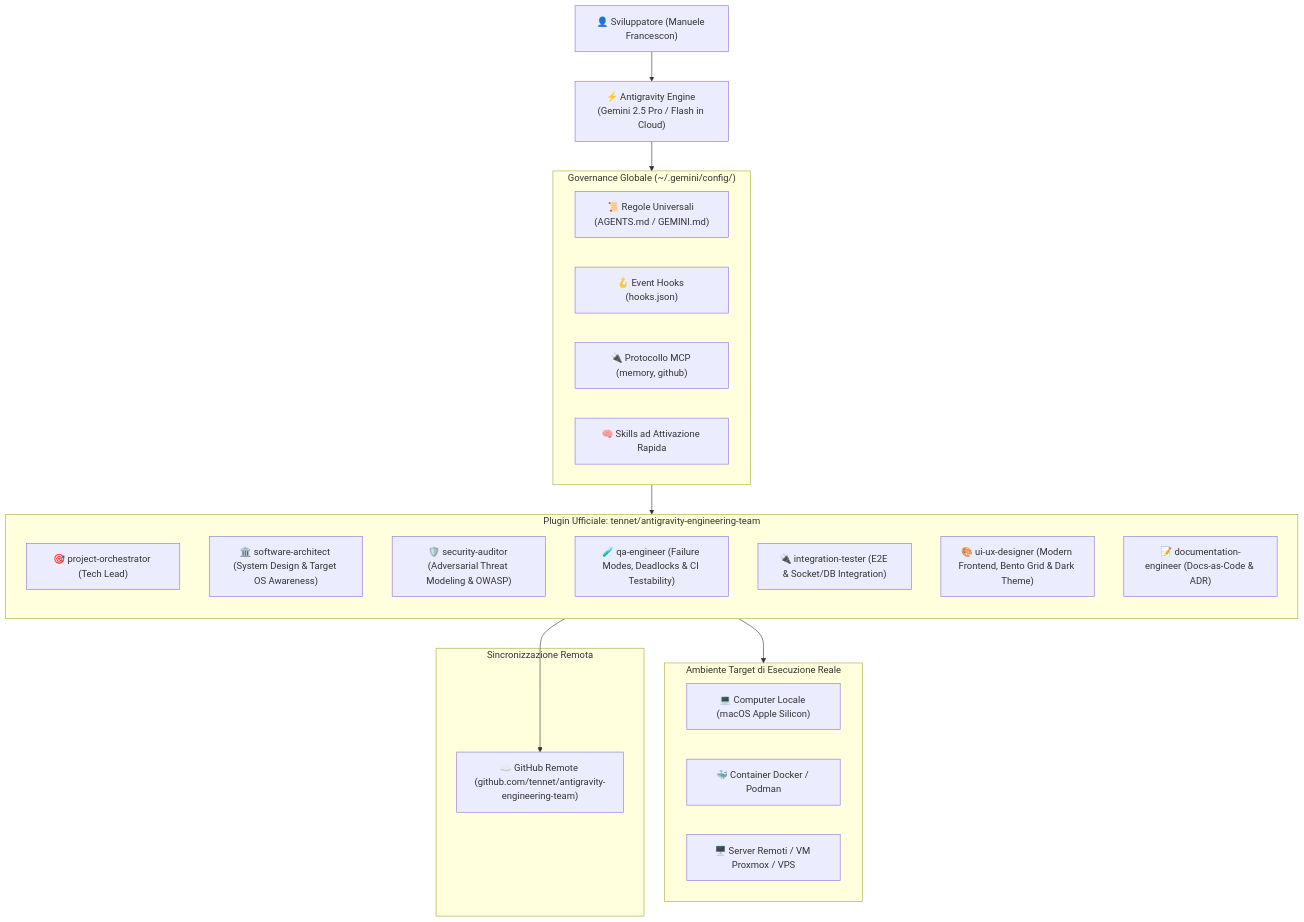
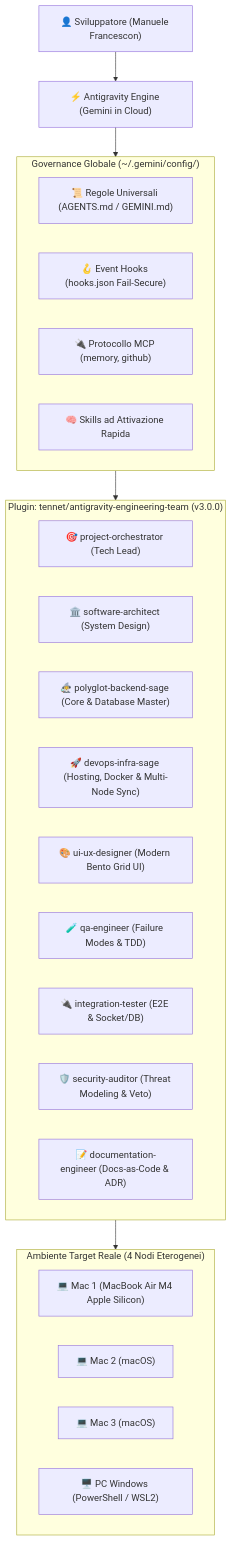
The diagram in docs/GUIDA_TECNICA_DETTAGLIATA.md (tennet/antigravity-engineering-team), drawn with Mermaid before and after one commit. The commit also changed other lines of this file and 6 other files, not shown here.

Commit message:
feat(suite): upgrade to v3.0.0 with polyglot-backend-sage and devops-infra-sage

````diff
--- a/docs/GUIDA_TECNICA_DETTAGLIATA.md
+++ b/docs/GUIDA_TECNICA_DETTAGLIATA.md
@@ -14,37 +14,34 @@
 ```mermaid
 flowchart TD
-    User["👤 Sviluppatore (Manuele Francescon)"] --> Engine["⚡ Antigravity Engine (Gemini 2.5 Pro / Flash in Cloud)"]
+    User["👤 Sviluppatore (Manuele Francescon)"] --> Engine["⚡ Antigravity Engine (Gemini in Cloud)"]
     
     subgraph GlobalGovernance ["Governance Globale (~/.gemini/config/)"]
         Rules["📜 Regole Universali (AGENTS.md / GEMINI.md)"]
-        Hooks["🪝 Event Hooks (hooks.json)"]
+        Hooks["🪝 Event Hooks (hooks.json Fail-Secure)"]
         MCP["🔌 Protocollo MCP (memory, github)"]
         Skills["🧠 Skills ad Attivazione Rapida"]
     end
     
-    subgraph PluginSuite ["Plugin Ufficiale: tennet/antigravity-engineering-team"]
-        direction TB
+    subgraph PluginSuite ["Plugin: tennet/antigravity-engineering-team (v3.0.0)"]
         Orch["🎯 project-orchestrator (Tech Lead)"]
-        Arch["🏛️ software-architect (System Design & Target OS Awareness)"]
-        Sec["🛡️ security-auditor (Adversarial Threat Modeling & OWASP)"]
-        QA["🧪 qa-engineer (Failure Modes, Deadlocks & CI Testability)"]
-        IT["🔌 integration-tester (E2E & Socket/DB Integration)"]
-        UI["🎨 ui-ux-designer (Modern Frontend, Bento Grid & Dark Theme)"]
+        Arch["🏛️ software-architect (System Design)"]
+        Backend["🧙‍♂️ polyglot-backend-sage (Core & Database Master)"]
+        DevOps["🚀 devops-infra-sage (Hosting, Docker & Multi-Node Sync)"]
+        UI["🎨 ui-ux-designer (Modern Bento Grid UI)"]
+        QA["🧪 qa-engineer (Failure Modes & TDD)"]
+        IT["🔌 integration-tester (E2E & Socket/DB)"]
+        Sec["🛡️ security-auditor (Threat Modeling & Veto)"]
         Doc["📝 documentation-engineer (Docs-as-Code & ADR)"]
     end
     
-    subgraph ExecutionTarget ["Ambiente Target di Esecuzione Reale"]
-        Host["💻 Computer Locale (macOS Apple Silicon)"]
-        Containers["🐳 Container Docker / Podman"]
-        Servers["🖥️ Server Remoti / VM Proxmox / VPS"]
-    end
-    
-    subgraph CloudSync ["Sincronizzazione Remota"]
-        GitHub["☁️ GitHub Remote (github.com/tennet/antigravity-engineering-team)"]
+    subgraph ExecutionTarget ["Ambiente Target Reale (4 Nodi Eterogenei)"]
+        M1["💻 Mac 1 (MacBook Air M4 Apple Silicon)"]
+        M2["💻 Mac 2 (macOS)"]
+        M3["💻 Mac 3 (macOS)"]
+        PC["🖥️ PC Windows (PowerShell / WSL2)"]
     end
     
     Engine --> GlobalGovernance
     GlobalGovernance --> PluginSuite
     PluginSuite --> ExecutionTarget
-    PluginSuite --> GitHub
 ```
````
